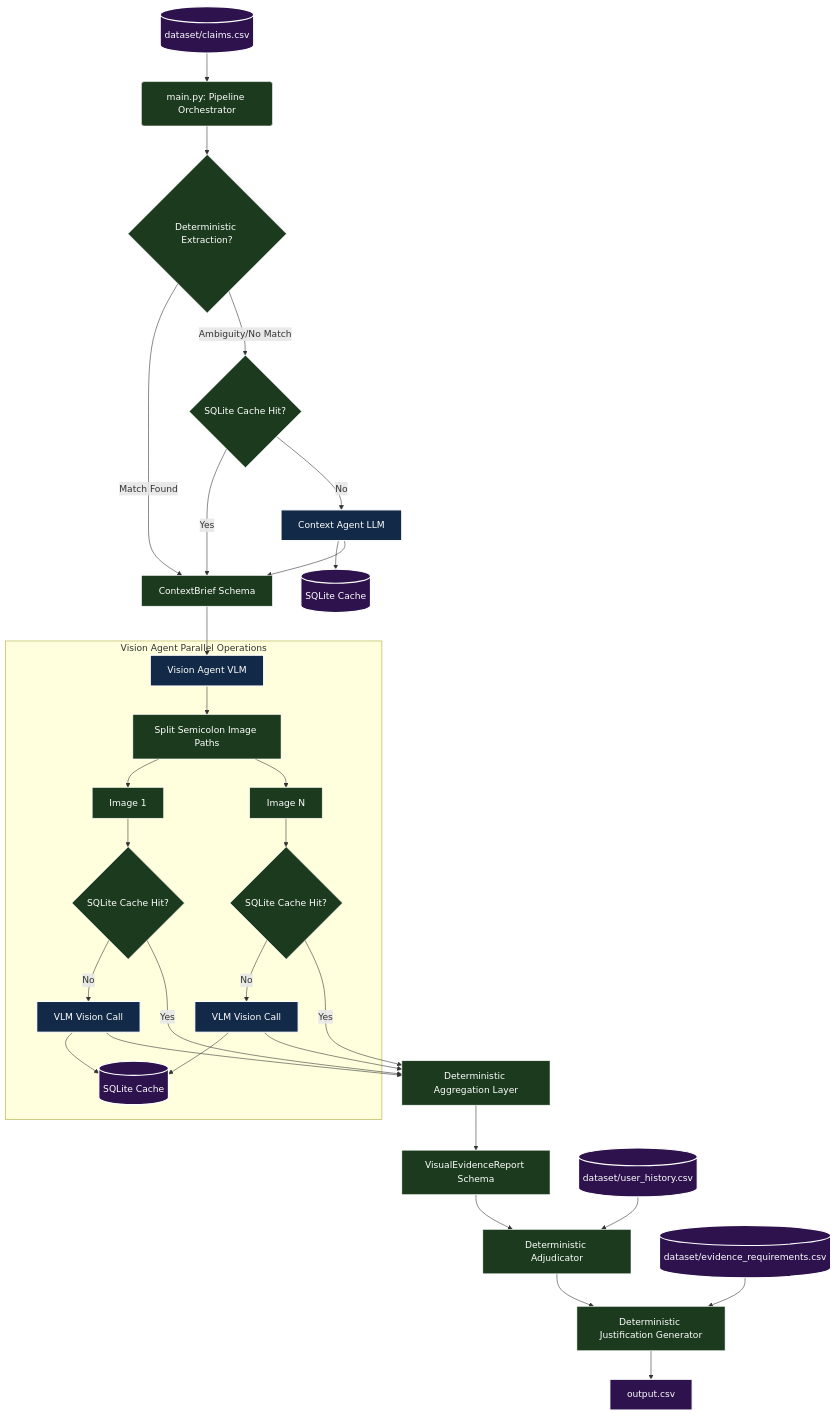
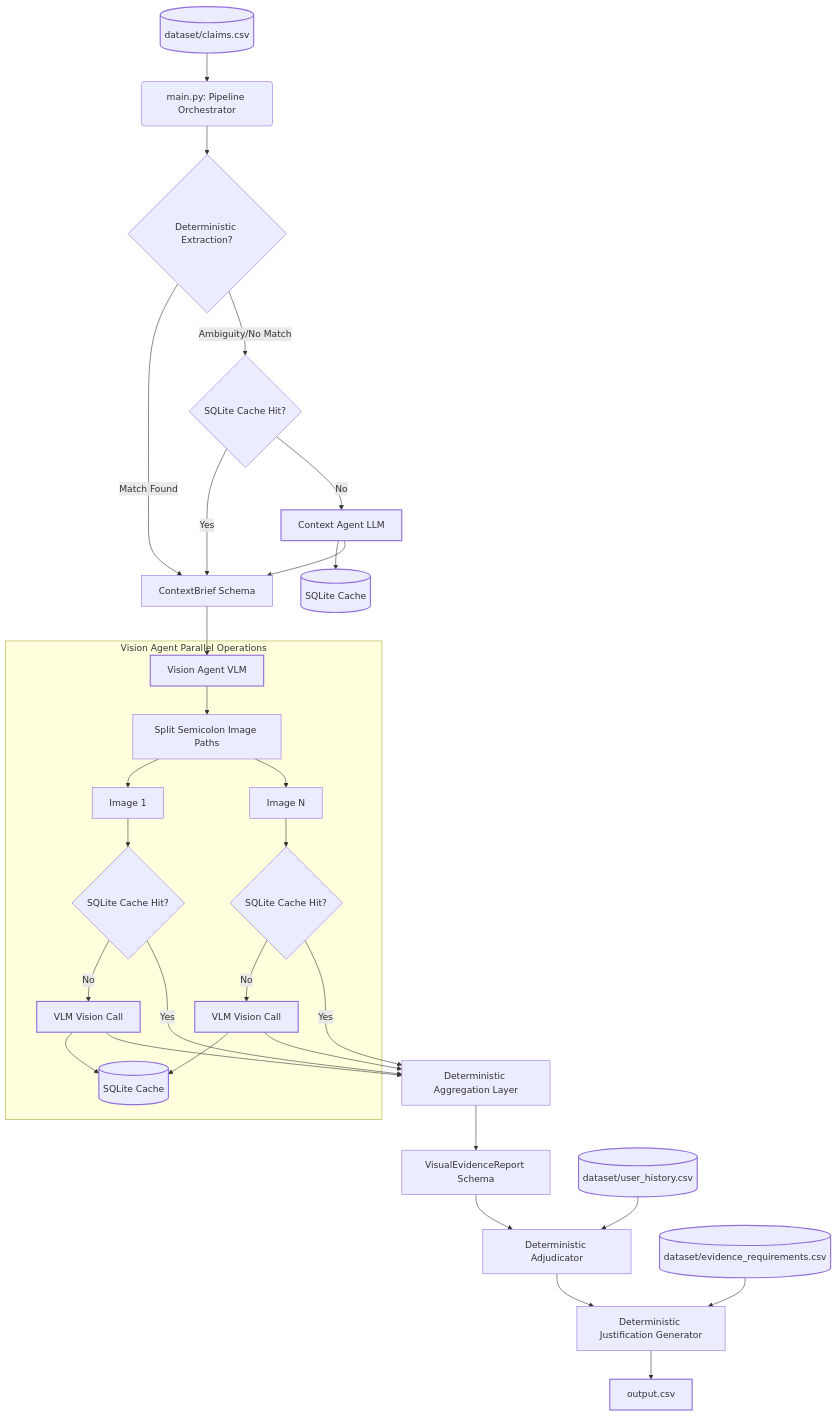
The diagram in README.md (JoYizPsyKicK/Multi-Agent-Damage-Claim-Verification-System), drawn with Mermaid before and after one commit.

Commit message:
Added System Architecture to Readme

````diff
--- a/README.md
+++ b/README.md
@@ -11,67 +11,67 @@
 ```mermaid
 graph TD
     Claims[(dataset/claims.csv)] --> Orchestrator(main.py: Pipeline Orchestrator)
     
     Orchestrator --> ContextExt{Deterministic Extraction?}
     
     ContextExt -- Match Found --> ContextBrief[ContextBrief Schema]
     ContextExt -- Ambiguity/No Match --> ContextCacheCheck{SQLite Cache Hit?}
     
     ContextCacheCheck -- Yes --> ContextBrief
     ContextCacheCheck -- No --> ContextLLM[Context Agent LLM]
     ContextLLM --> CacheWrite1[(SQLite Cache)]
     ContextLLM --> ContextBrief
     
     ContextBrief --> VisionAgent[Vision Agent VLM]
     
     subgraph Vision Agent Parallel Operations
         VisionAgent --> ImageSplit[Split Semicolon Image Paths]
         ImageSplit --> Image1[Image 1]
         ImageSplit --> ImageN[Image N]
         Image1 --> VisionCacheCheck1{SQLite Cache Hit?}
         ImageN --> VisionCacheCheckN{SQLite Cache Hit?}
         VisionCacheCheck1 -- No --> VLMCall1[VLM Vision Call]
         VisionCacheCheckN -- No --> VLMCallN[VLM Vision Call]
         VLMCall1 --> CacheWrite2[(SQLite Cache)]
         VLMCallN --> CacheWrite2
     end
     
     VisionCacheCheck1 -- Yes --> Aggregation[Deterministic Aggregation Layer]
     VisionCacheCheckN -- Yes --> Aggregation
     VLMCall1 --> Aggregation
     VLMCallN --> Aggregation
     
     Aggregation --> VisualEvidence[VisualEvidenceReport Schema]
     
     VisualEvidence --> Adjudicator[Deterministic Adjudicator]
     History[(dataset/user_history.csv)] --> Adjudicator
     
     Adjudicator --> Justification[Deterministic Justification Generator]
     Requirements[(dataset/evidence_requirements.csv)] --> Justification
     
     Justification --> Output[output.csv]
 
-    style Claims fill:#2d124d,stroke:#fff,stroke-width:2px,color:#fff
-    style Orchestrator fill:#1c3b1e,stroke:#fff,stroke-width:1px,color:#fff
-    style ContextExt fill:#1c3b1e,stroke:#fff,stroke-width:1px,color:#fff
-    style ContextBrief fill:#1c3b1e,stroke:#fff,stroke-width:1px,color:#fff
-    style ContextCacheCheck fill:#1c3b1e,stroke:#fff,stroke-width:1px,color:#fff
-    style ContextLLM fill:#122a47,stroke:#fff,stroke-width:2px,color:#fff
-    style CacheWrite1 fill:#2d124d,stroke:#fff,stroke-width:2px,color:#fff
-    style VisionAgent fill:#122a47,stroke:#fff,stroke-width:2px,color:#fff
-    style ImageSplit fill:#1c3b1e,stroke:#fff,stroke-width:1px,color:#fff
-    style Image1 fill:#1c3b1e,stroke:#fff,stroke-width:1px,color:#fff
-    style ImageN fill:#1c3b1e,stroke:#fff,stroke-width:1px,color:#fff
-    style VisionCacheCheck1 fill:#1c3b1e,stroke:#fff,stroke-width:1px,color:#fff
-    style VisionCacheCheckN fill:#1c3b1e,stroke:#fff,stroke-width:1px,color:#fff
-    style VLMCall1 fill:#122a47,stroke:#fff,stroke-width:2px,color:#fff
-    style VLMCallN fill:#122a47,stroke:#fff,stroke-width:2px,color:#fff
-    style CacheWrite2 fill:#2d124d,stroke:#fff,stroke-width:2px,color:#fff
-    style Aggregation fill:#1c3b1e,stroke:#fff,stroke-width:1px,color:#fff
-    style VisualEvidence fill:#1c3b1e,stroke:#fff,stroke-width:1px,color:#fff
-    style Adjudicator fill:#1c3b1e,stroke:#fff,stroke-width:1px,color:#fff
-    style History fill:#2d124d,stroke:#fff,stroke-width:2px,color:#fff
-    style Justification fill:#1c3b1e,stroke:#fff,stroke-width:1px,color:#fff
-    style Requirements fill:#2d124d,stroke:#fff,stroke-width:2px,color:#fff
-    style Output fill:#2d124d,stroke:#fff,stroke-width:2px,color:#fff
+    style Claims fill:#5233a3 !important,stroke:#fff !important,stroke-width:2px,color:#fff !important
+    style Orchestrator fill:#238636 !important,stroke:#fff !important,stroke-width:1px,color:#fff !important
+    style ContextExt fill:#238636 !important,stroke:#fff !important,stroke-width:1px,color:#fff !important
+    style ContextBrief fill:#238636 !important,stroke:#fff !important,stroke-width:1px,color:#fff !important
+    style ContextCacheCheck fill:#238636 !important,stroke:#fff !important,stroke-width:1px,color:#fff !important
+    style ContextLLM fill:#1f6feb !important,stroke:#fff !important,stroke-width:2px,color:#fff !important
+    style CacheWrite1 fill:#5233a3 !important,stroke:#fff !important,stroke-width:2px,color:#fff !important
+    style VisionAgent fill:#1f6feb !important,stroke:#fff !important,stroke-width:2px,color:#fff !important
+    style ImageSplit fill:#238636 !important,stroke:#fff !important,stroke-width:1px,color:#fff !important
+    style Image1 fill:#238636 !important,stroke:#fff !important,stroke-width:1px,color:#fff !important
+    style ImageN fill:#238636 !important,stroke:#fff !important,stroke-width:1px,color:#fff !important
+    style VisionCacheCheck1 fill:#238636 !important,stroke:#fff !important,stroke-width:1px,color:#fff !important
+    style VisionCacheCheckN fill:#238636 !important,stroke:#fff !important,stroke-width:1px,color:#fff !important
+    style VLMCall1 fill:#1f6feb !important,stroke:#fff !important,stroke-width:2px,color:#fff !important
+    style VLMCallN fill:#1f6feb !important,stroke:#fff !important,stroke-width:2px,color:#fff !important
+    style CacheWrite2 fill:#5233a3 !important,stroke:#fff !important,stroke-width:2px,color:#fff !important
+    style Aggregation fill:#238636 !important,stroke:#fff !important,stroke-width:1px,color:#fff !important
+    style VisualEvidence fill:#238636 !important,stroke:#fff !important,stroke-width:1px,color:#fff !important
+    style Adjudicator fill:#238636 !important,stroke:#fff !important,stroke-width:1px,color:#fff !important
+    style History fill:#5233a3 !important,stroke:#fff !important,stroke-width:2px,color:#fff !important
+    style Justification fill:#238636 !important,stroke:#fff !important,stroke-width:1px,color:#fff !important
+    style Requirements fill:#5233a3 !important,stroke:#fff !important,stroke-width:2px,color:#fff !important
+    style Output fill:#5233a3 !important,stroke:#fff !important,stroke-width:2px,color:#fff !important
 ```
````
